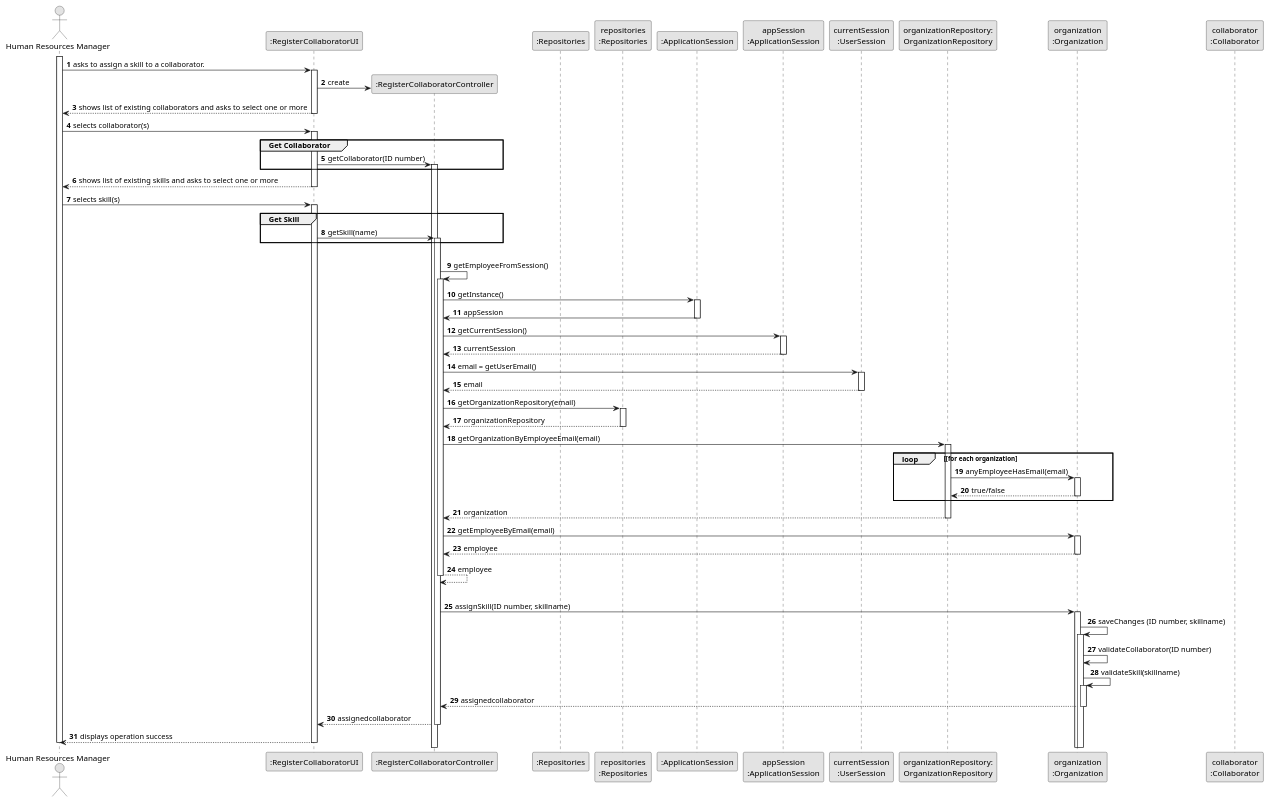
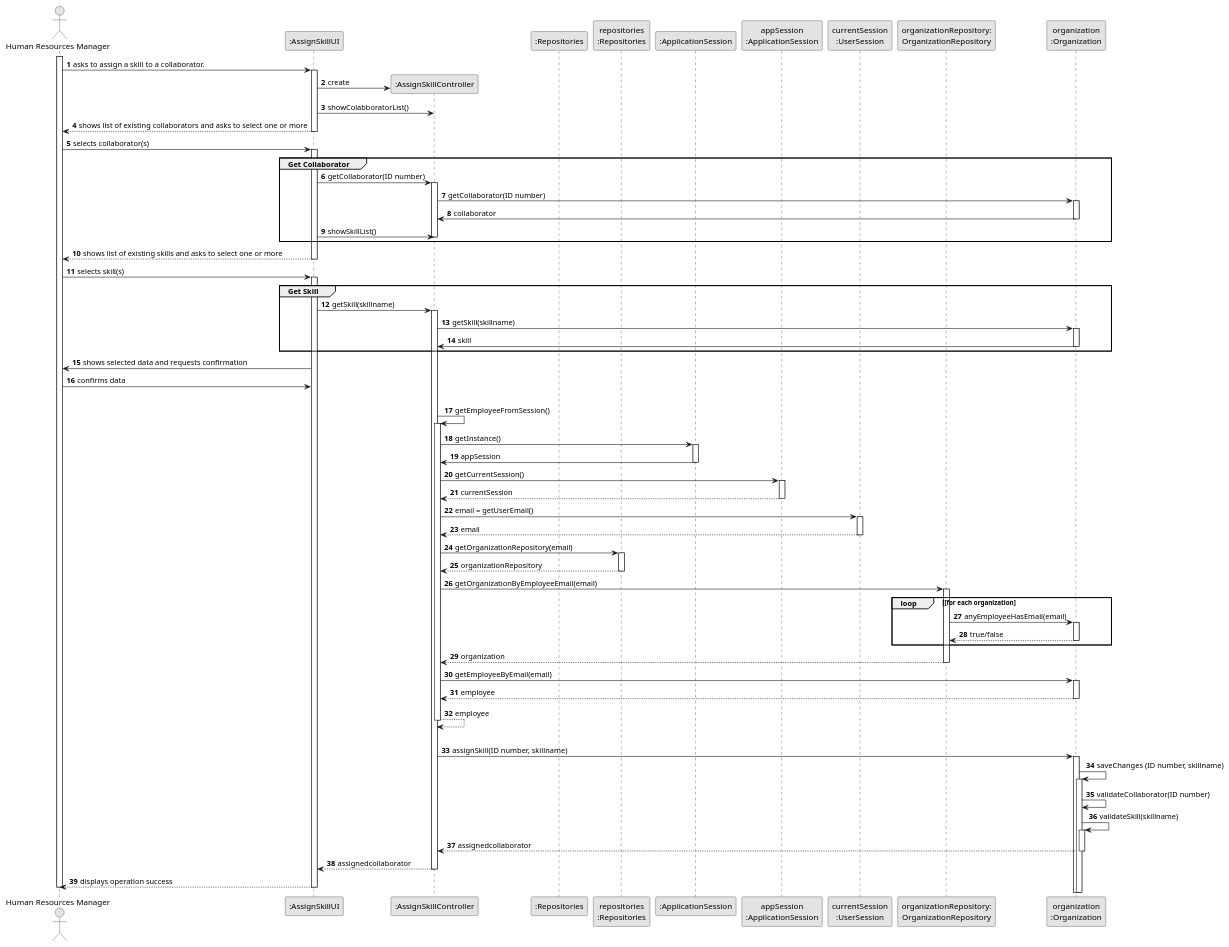
Before and after one commit to tiagosoa/lei-24-s2-1dgh-g073: the diagram in docs/sprint2/us004/03.design/puml/us004-sequence-diagram-full.puml, drawn with PlantUML. The commit also changed 35 other files, not shown here.

```diff
--- a/docs/sprint2/us004/03.design/puml/us004-sequence-diagram-full.puml
+++ b/docs/sprint2/us004/03.design/puml/us004-sequence-diagram-full.puml
@@ -1,131 +1,152 @@
 @startuml
 skinparam monochrome true
 skinparam packageStyle rectangle
 skinparam shadowing false
 
 autonumber
 
 'hide footbox
 actor "Human Resources Manager" as ADM
-participant ":RegisterCollaboratorUI" as UI
-participant ":RegisterCollaboratorController" as CTRL
+participant ":AssignSkillUI" as UI
+participant ":AssignSkillController" as CTRL
 participant ":Repositories" as RepositorySingleton
 participant "repositories\n:Repositories" as PLAT
 participant ":ApplicationSession" as _APP
 participant "appSession\n:ApplicationSession" as APP
 participant "currentSession\n:UserSession" as SESSAO
 participant "organizationRepository:\nOrganizationRepository" as OrganizationRepository
 participant "organization\n:Organization" as ORG
-participant "collaborator\n:Collaborator" as COLABORADOR
 
 activate ADM
 
         ADM -> UI : asks to assign a skill to a collaborator.
 
         activate UI
 
 '            UI --> ADM : requests data (name)
             'create CTRL
             UI -> CTRL** : create
+            UI -> CTRL: showColabboratorList()
 
 
     UI --> ADM : shows list of existing collaborators and asks to select one or more
     deactivate UI
 
     ADM -> UI : selects collaborator(s)
     activate UI
 
     group Get Collaborator
 
         UI -> CTRL : getCollaborator(ID number)
         activate CTRL
+
+        CTRL -> ORG : getCollaborator(ID number)
+        activate ORG
+
+        ORG -> CTRL : collaborator
+        deactivate ORG
+
+        UI -> CTRL : showSkillList()
+        deactivate CTRL
     end
     UI --> ADM : shows list of existing skills and asks to select one or more
     deactivate UI
+
 
    ADM -> UI : selects skill(s)
    activate UI
 
    group Get Skill
 
-        UI -> CTRL : getSkill(name)
+        UI -> CTRL : getSkill(skillname)
         activate CTRL
 
+        CTRL -> ORG : getSkill(skillname)
+        activate ORG
+
+        ORG -> CTRL : skill
+        deactivate ORG
+
    end
+
+   UI -> ADM : shows selected data and requests confirmation
+
+   ADM -> UI : confirms data
+
 
             |||
             CTRL -> CTRL : getEmployeeFromSession()
             activate CTRL
 
                 CTRL -> _APP: getInstance()
                 activate _APP
                     _APP -> CTRL: appSession
                 deactivate _APP
 
 
                 CTRL -> APP: getCurrentSession()
                 activate APP
 
                     APP --> CTRL: currentSession
                 deactivate APP
 
                 CTRL -> SESSAO: email = getUserEmail()
                 activate SESSAO
 
                     SESSAO --> CTRL: email
                 deactivate SESSAO
 
 
                 CTRL -> PLAT: getOrganizationRepository(email)
                 activate PLAT
 
                     PLAT --> CTRL: organizationRepository
                 deactivate PLAT
 
 
                 CTRL -> OrganizationRepository: getOrganizationByEmployeeEmail(email)
                 activate OrganizationRepository
 
                     loop [for each organization
                         OrganizationRepository -> ORG : anyEmployeeHasEmail(email)
                         activate ORG
 
                              ORG --> OrganizationRepository : true/false
                         deactivate ORG
                     end
                     OrganizationRepository --> CTRL : organization
                 deactivate OrganizationRepository
 
                 CTRL -> ORG: getEmployeeByEmail(email)
                 activate ORG
 
                     ORG --> CTRL : employee
                 deactivate ORG
 
                 CTRL --> CTRL : employee
             deactivate CTRL
 
             |||
             CTRL -> ORG: assignSkill(ID number, skillname)
             activate ORG
                 ORG -> ORG: saveChanges (ID number, skillname)
 
 
                 activate ORG
                     ORG -> ORG: validateCollaborator(ID number)
                     ORG -> ORG: validateSkill(skillname)
                     activate ORG
 
 
                 ORG --> CTRL : assignedcollaborator
 
             deactivate ORG
 
             CTRL --> UI: assignedcollaborator
             deactivate CTRL
             UI --> ADM: displays operation success
     deactivate UI
 
 deactivate ADM
 
 @enduml
```
